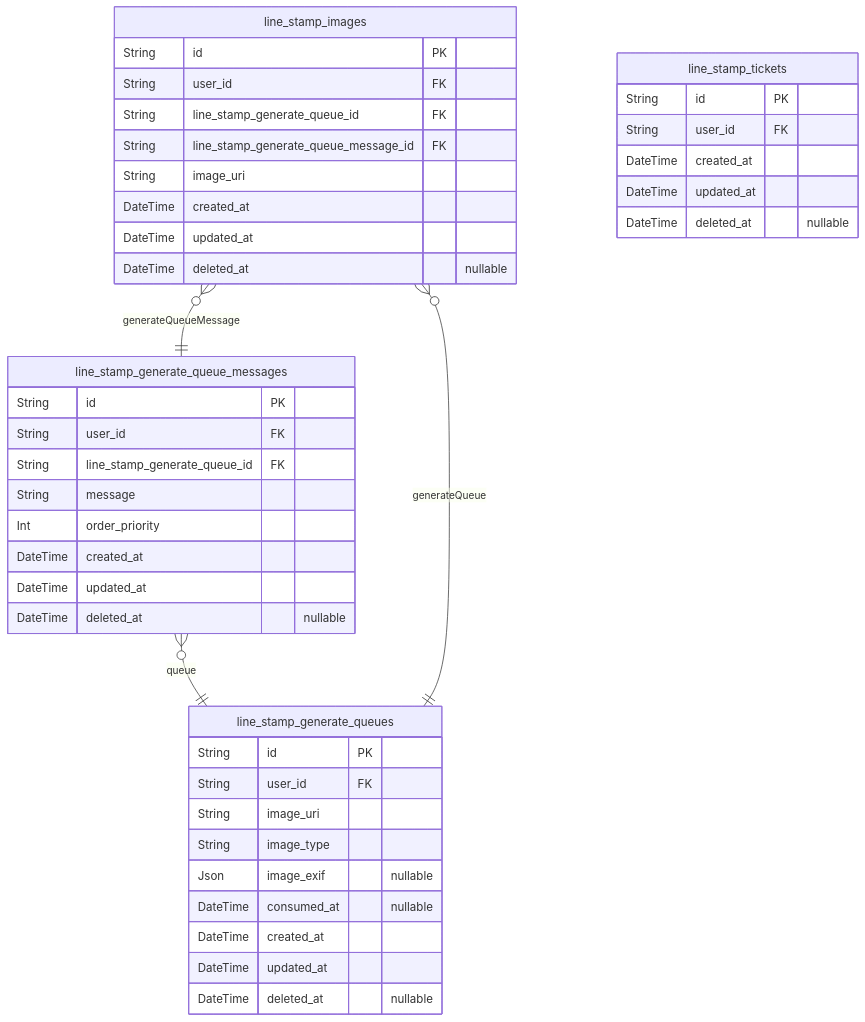
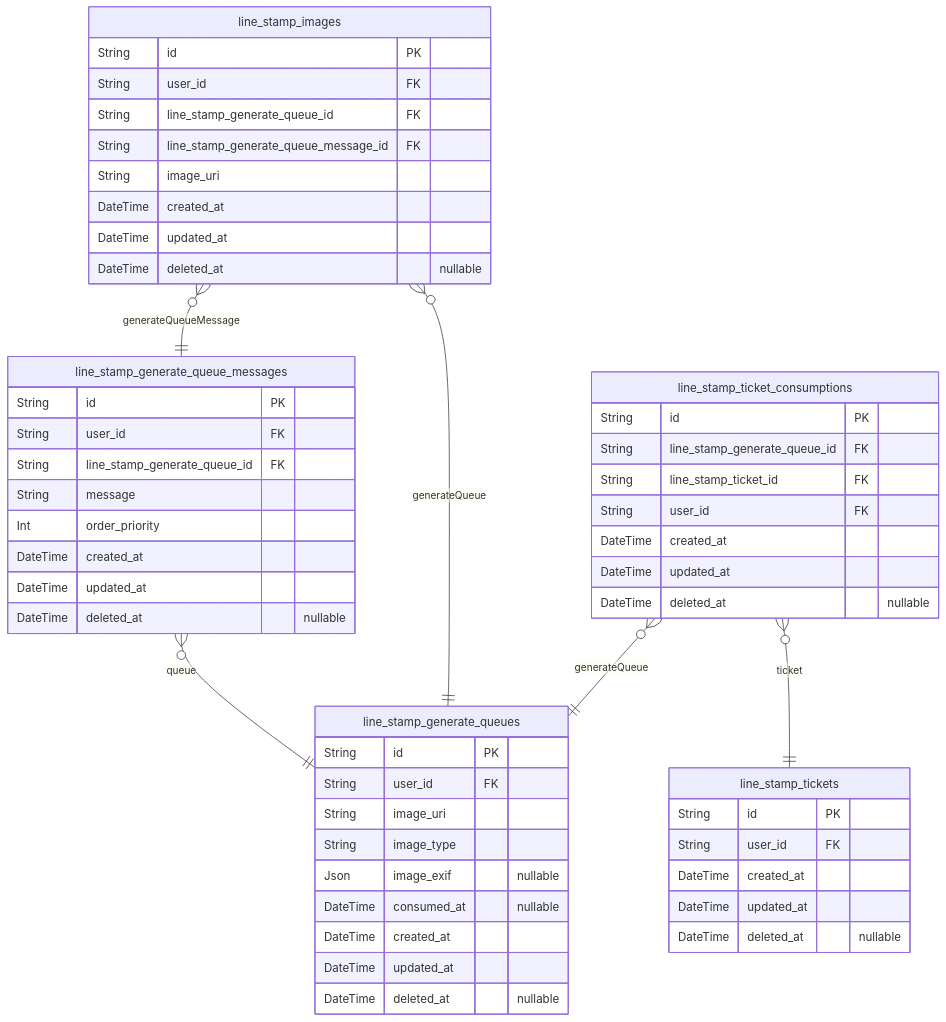
The first of 2 diagrams in SCHEMA.md (a10adotapp/imagen.a10a.app), drawn with Mermaid before and after one commit. The commit also changed other lines of this file and 9 other files, not shown here.

````diff
--- a/SCHEMA.md
+++ b/SCHEMA.md
@@ -8,44 +8,55 @@
 ```mermaid
 erDiagram
 "line_stamp_generate_queue_messages" {
   String id PK
   String user_id FK
   String line_stamp_generate_queue_id FK
   String message
   Int order_priority
   DateTime created_at
   DateTime updated_at
   DateTime deleted_at "nullable"
 }
 "line_stamp_generate_queues" {
   String id PK
   String user_id FK
   String image_uri
   String image_type
   Json image_exif "nullable"
   DateTime consumed_at "nullable"
   DateTime created_at
   DateTime updated_at
   DateTime deleted_at "nullable"
 }
 "line_stamp_images" {
   String id PK
   String user_id FK
   String line_stamp_generate_queue_id FK
   String line_stamp_generate_queue_message_id FK
   String image_uri
   DateTime created_at
   DateTime updated_at
   DateTime deleted_at "nullable"
 }
+"line_stamp_ticket_consumptions" {
+  String id PK
+  String line_stamp_generate_queue_id FK
+  String line_stamp_ticket_id FK
+  String user_id FK
+  DateTime created_at
+  DateTime updated_at
+  DateTime deleted_at "nullable"
+}
 "line_stamp_tickets" {
   String id PK
   String user_id FK
   DateTime created_at
   DateTime updated_at
   DateTime deleted_at "nullable"
 }
 "line_stamp_generate_queue_messages" }o--|| "line_stamp_generate_queues" : queue
 "line_stamp_images" }o--|| "line_stamp_generate_queues" : generateQueue
 "line_stamp_images" }o--|| "line_stamp_generate_queue_messages" : generateQueueMessage
+"line_stamp_ticket_consumptions" }o--|| "line_stamp_generate_queues" : generateQueue
+"line_stamp_ticket_consumptions" }o--|| "line_stamp_tickets" : ticket
 ```
````
